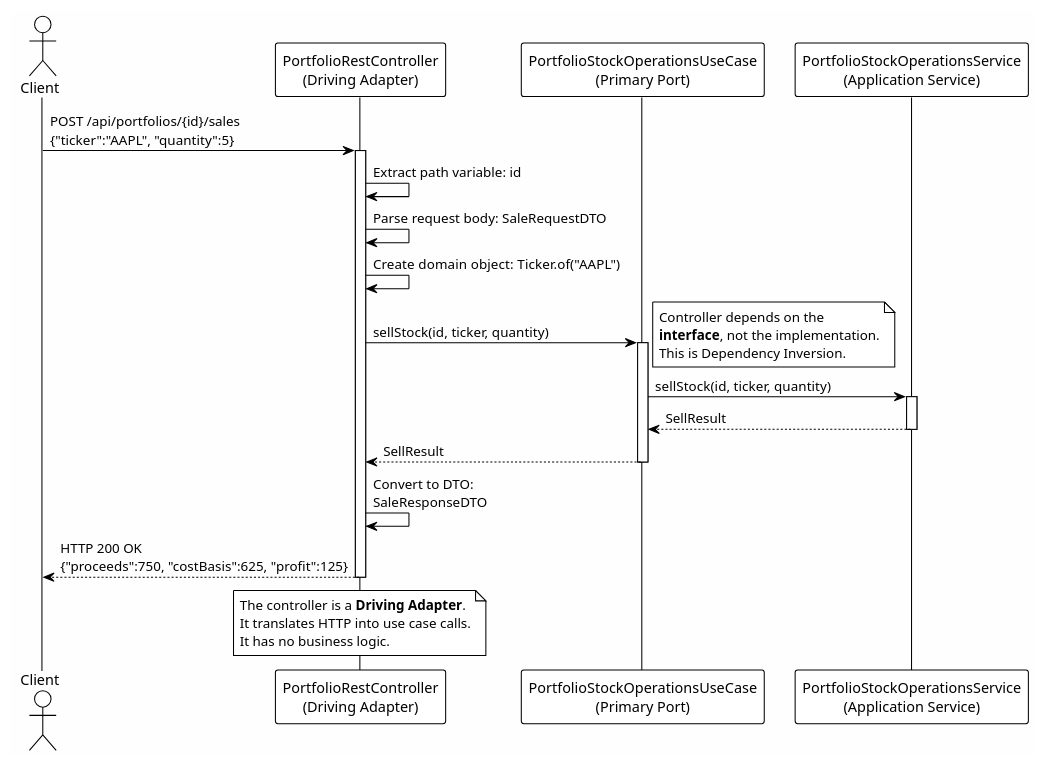
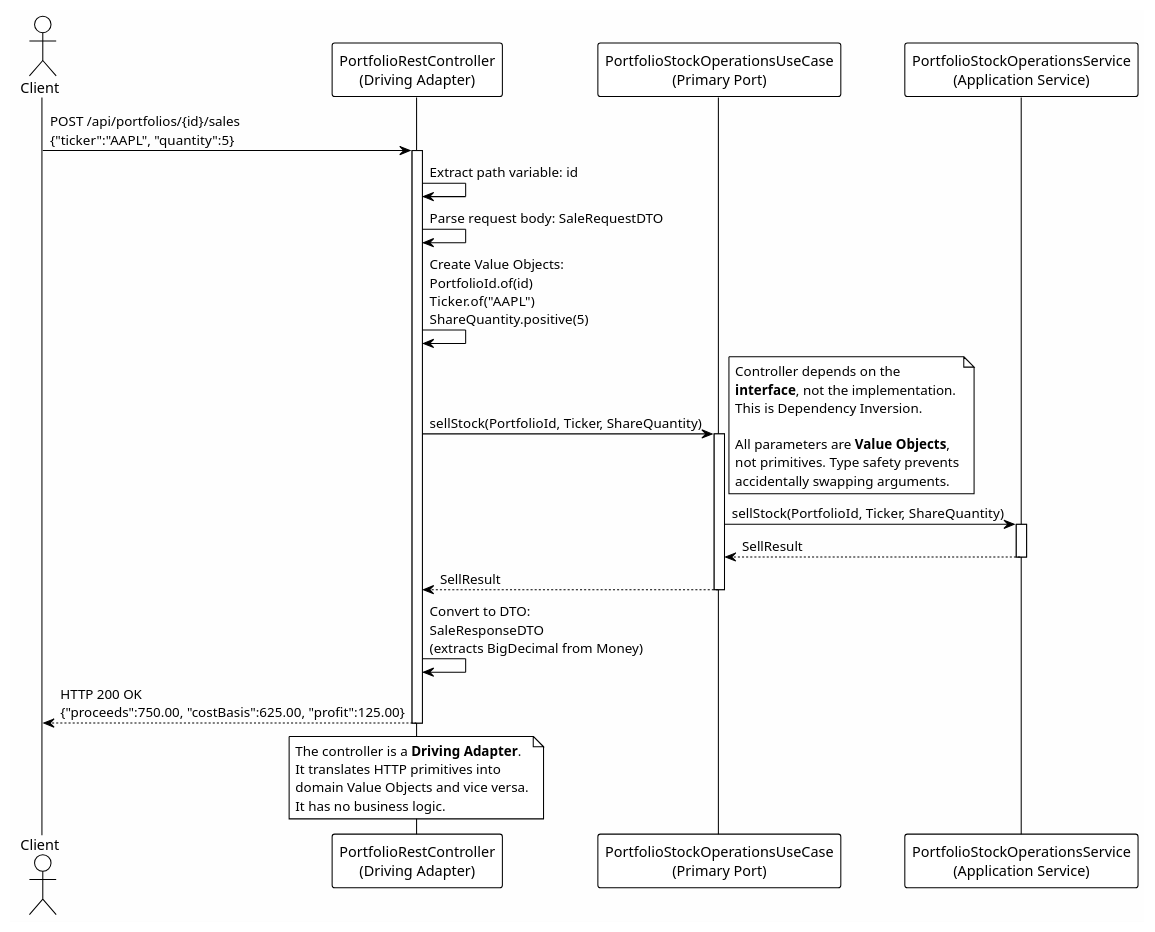
The diagram in doc/tutorial/diagrams/sell-http-to-port.puml (alfredorueda/HexaStock), drawn with PlantUML before and after one commit. The commit also changed 13 other files, not shown here.

Commit message:
feat: enhance docs by introducing value objects for IDs and monetary values

```diff
--- a/doc/tutorial/diagrams/sell-http-to-port.puml
+++ b/doc/tutorial/diagrams/sell-http-to-port.puml
@@ -1,44 +1,48 @@
 @startuml sell-http-to-port
 !theme plain
 skinparam backgroundColor #FEFEFE
 
 actor Client
 participant "PortfolioRestController\n(Driving Adapter)" as Controller
 participant "PortfolioStockOperationsUseCase\n(Primary Port)" as Port
 participant "PortfolioStockOperationsService\n(Application Service)" as Service
 
 Client -> Controller: POST /api/portfolios/{id}/sales\n{"ticker":"AAPL", "quantity":5}
 activate Controller
 
 Controller -> Controller: Extract path variable: id
 Controller -> Controller: Parse request body: SaleRequestDTO
-Controller -> Controller: Create domain object: Ticker.of("AAPL")
+Controller -> Controller: Create Value Objects:\nPortfolioId.of(id)\nTicker.of("AAPL")\nShareQuantity.positive(5)
 
-Controller -> Port: sellStock(id, ticker, quantity)
+Controller -> Port: sellStock(PortfolioId, Ticker, ShareQuantity)
 note right
   Controller depends on the
   **interface**, not the implementation.
   This is Dependency Inversion.
+  
+  All parameters are **Value Objects**,
+  not primitives. Type safety prevents
+  accidentally swapping arguments.
 end note
 activate Port
 
-Port -> Service: sellStock(id, ticker, quantity)
+Port -> Service: sellStock(PortfolioId, Ticker, ShareQuantity)
 activate Service
-
 Service --> Port: SellResult
 deactivate Service
 
 Port --> Controller: SellResult
 deactivate Port
 
-Controller -> Controller: Convert to DTO:\nSaleResponseDTO
-Controller --> Client: HTTP 200 OK\n{"proceeds":750, "costBasis":625, "profit":125}
+Controller -> Controller: Convert to DTO:\nSaleResponseDTO\n(extracts BigDecimal from Money)
+
+Controller --> Client: HTTP 200 OK\n{"proceeds":750.00, "costBasis":625.00, "profit":125.00}
 deactivate Controller
 
 note over Controller
   The controller is a **Driving Adapter**.
-  It translates HTTP into use case calls.
+  It translates HTTP primitives into
+  domain Value Objects and vice versa.
   It has no business logic.
 end note
-
 @enduml
```
